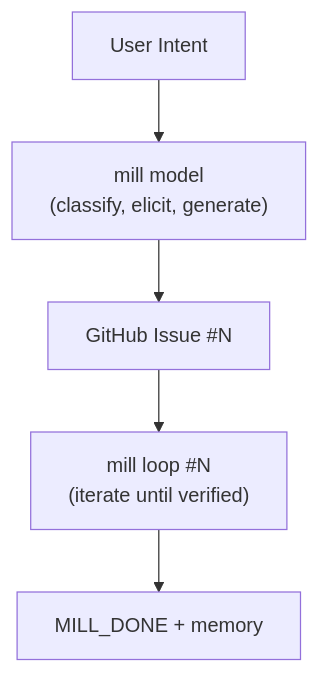
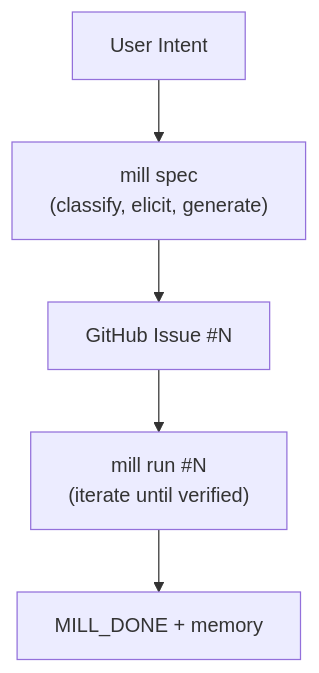
One commit to mindrevolution/mill changed the diagram in AGENTS.md. Above: the diagram before and after it, drawn with Mermaid. The commit also changed other lines of this file and 26 other files, not shown here.

````diff
--- a/AGENTS.md
+++ b/AGENTS.md
@@ -80,7 +81,7 @@
 ```mermaid
 flowchart TD
-    A[User Intent] --> B["mill model<br>(classify, elicit, generate)"]
+    A[User Intent] --> B["mill spec<br>(classify, elicit, generate)"]
     B --> C["GitHub Issue #N"]
-    C --> D["mill loop #N<br>(iterate until verified)"]
+    C --> D["mill run #N<br>(iterate until verified)"]
     D --> E[MILL_DONE + memory]
 ```
````
